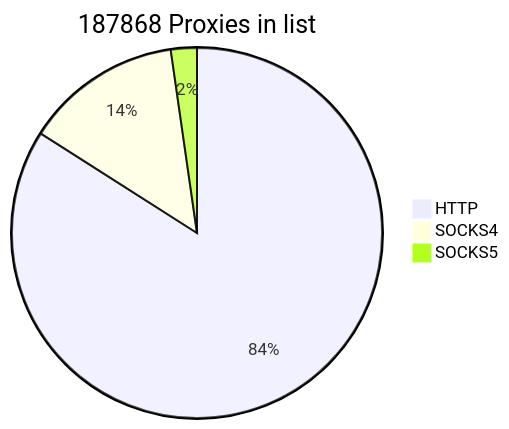
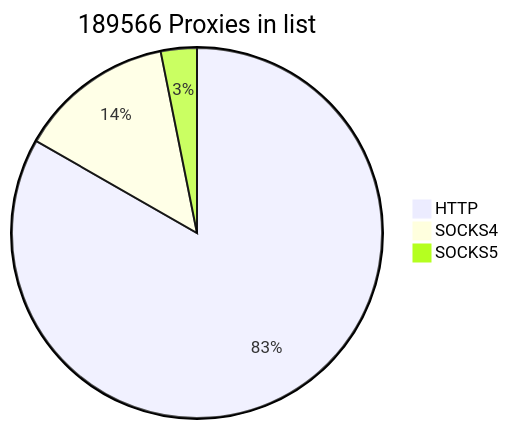
Before and after one commit to cutipu/proxylist: the first of 2 diagrams in README.md, drawn with Mermaid. The commit also changed other lines of this file, not shown here.

````diff
--- a/README.md
+++ b/README.md
@@ -2,7 +2,7 @@
 ```mermaid
-pie title 187868 Proxies in list
+pie title 189566 Proxies in list
     "HTTP" : 157853
     "SOCKS4" : 25750
-    "SOCKS5" : 4265
+    "SOCKS5" : 5963
             
 ```
````
